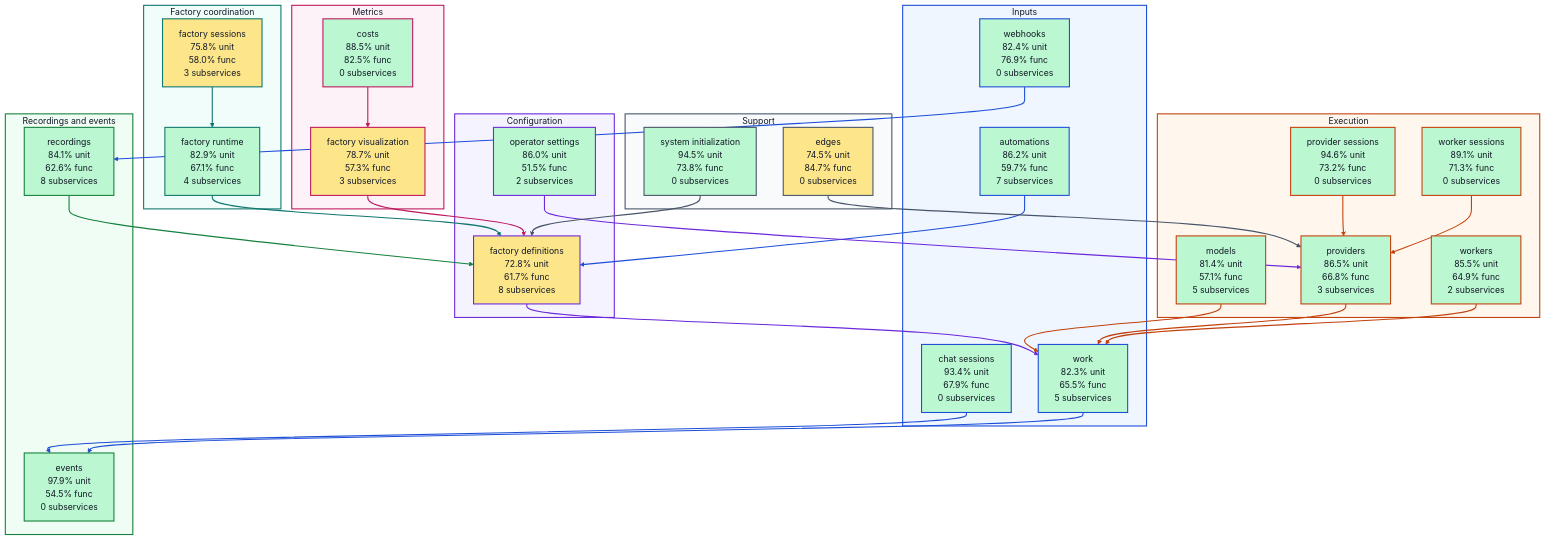
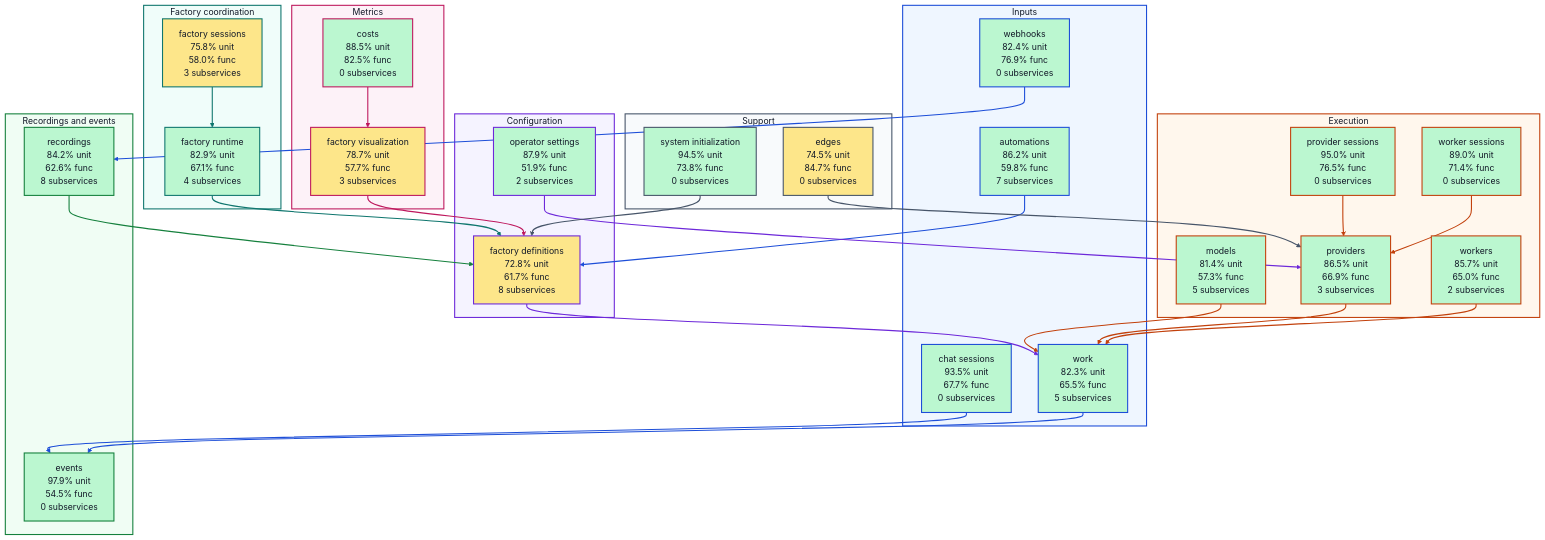
Before and after one commit to portpowered/you-agent-factory: the diagram in docs/architecture/visualizations/high-level-test-coverage.md, drawn with Mermaid. The commit also changed other lines of this file and 20 other files, not shown here.

Commit message:
docs: refresh backend architecture visualizations

````diff
--- a/docs/architecture/visualizations/high-level-test-coverage.md
+++ b/docs/architecture/visualizations/high-level-test-coverage.md
@@ -11,33 +11,33 @@
 ```mermaid
 flowchart TB
   subgraph input["Inputs"]
-    s_services_automations["automations<br/>86.2% unit<br/>59.7% func<br/>7 subservices"]
-    s_services_chat_sessions["chat sessions<br/>93.4% unit<br/>67.9% func<br/>0 subservices"]
+    s_services_automations["automations<br/>86.2% unit<br/>59.8% func<br/>7 subservices"]
+    s_services_chat_sessions["chat sessions<br/>93.5% unit<br/>67.7% func<br/>0 subservices"]
     s_services_webhooks["webhooks<br/>82.4% unit<br/>76.9% func<br/>0 subservices"]
     s_services_work["work<br/>82.3% unit<br/>65.5% func<br/>5 subservices"]
   end
   subgraph configuration["Configuration"]
     s_services_factory_definitions["factory definitions<br/>72.8% unit<br/>61.7% func<br/>8 subservices"]
-    s_services_operator_settings["operator settings<br/>86.0% unit<br/>51.5% func<br/>2 subservices"]
+    s_services_operator_settings["operator settings<br/>87.9% unit<br/>51.9% func<br/>2 subservices"]
   end
   subgraph coordination["Factory coordination"]
     s_services_factory_runtime["factory runtime<br/>82.9% unit<br/>67.1% func<br/>4 subservices"]
     s_services_factory_sessions["factory sessions<br/>75.8% unit<br/>58.0% func<br/>3 subservices"]
   end
   subgraph execution["Execution"]
-    s_services_models["models<br/>81.4% unit<br/>57.1% func<br/>5 subservices"]
-    s_services_provider_sessions["provider sessions<br/>94.6% unit<br/>73.2% func<br/>0 subservices"]
-    s_services_providers["providers<br/>86.5% unit<br/>66.8% func<br/>3 subservices"]
-    s_services_worker_sessions["worker sessions<br/>89.1% unit<br/>71.3% func<br/>0 subservices"]
-    s_services_workers["workers<br/>85.5% unit<br/>64.9% func<br/>2 subservices"]
+    s_services_models["models<br/>81.4% unit<br/>57.3% func<br/>5 subservices"]
+    s_services_provider_sessions["provider sessions<br/>95.0% unit<br/>76.5% func<br/>0 subservices"]
+    s_services_providers["providers<br/>86.5% unit<br/>66.9% func<br/>3 subservices"]
+    s_services_worker_sessions["worker sessions<br/>89.0% unit<br/>71.4% func<br/>0 subservices"]
+    s_services_workers["workers<br/>85.7% unit<br/>65.0% func<br/>2 subservices"]
   end
   subgraph recordings["Recordings and events"]
     s_services_events["events<br/>97.9% unit<br/>54.5% func<br/>0 subservices"]
-    s_services_recordings["recordings<br/>84.1% unit<br/>62.6% func<br/>8 subservices"]
+    s_services_recordings["recordings<br/>84.2% unit<br/>62.6% func<br/>8 subservices"]
   end
   subgraph metrics["Metrics"]
     s_services_costs["costs<br/>88.5% unit<br/>82.5% func<br/>0 subservices"]
-    s_services_factory_visualization["factory visualization<br/>78.7% unit<br/>57.3% func<br/>3 subservices"]
+    s_services_factory_visualization["factory visualization<br/>78.7% unit<br/>57.7% func<br/>3 subservices"]
   end
   subgraph support["Support"]
     s_services_edges["edges<br/>74.5% unit<br/>84.7% func<br/>0 subservices"]
````
